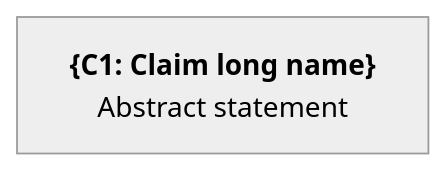
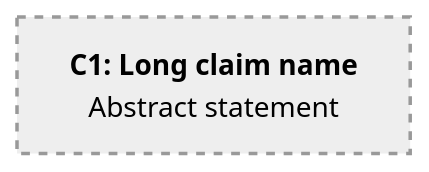
The seventh of 18 diagrams in docs/sacm-mermaid.md (coreinfrastructure/best-practices-badge), drawn with Mermaid before and after one commit. The commit also changed other lines of this file, not shown here.

First line of the commit message:
Sacm mermaid improvements (#2725)

````diff
--- a/docs/sacm-mermaid.md
+++ b/docs/sacm-mermaid.md
@@ -448,14 +615,15 @@
 ```mermaid
 ---
 config:
   theme: neutral
   flowchart:
     curve: linear
     htmlLabels: true
     rankSpacing: 60
     nodeSpacing: 45
     padding: 15
 ---
 flowchart BT
-    C1["<b>{C1: Claim long name}</b><br>Abstract statement"]
+    classDef abstractClaim stroke-width:2px,stroke-dasharray: 5 5;
+    C1["<b>C1: Long claim name</b><br>Abstract statement"]:::abstractClaim
 ```
````
